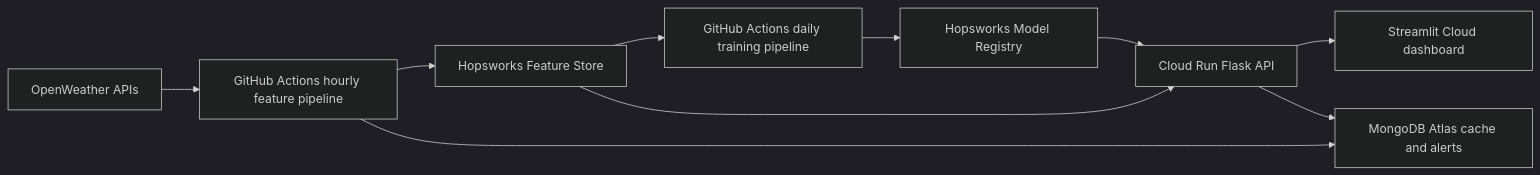
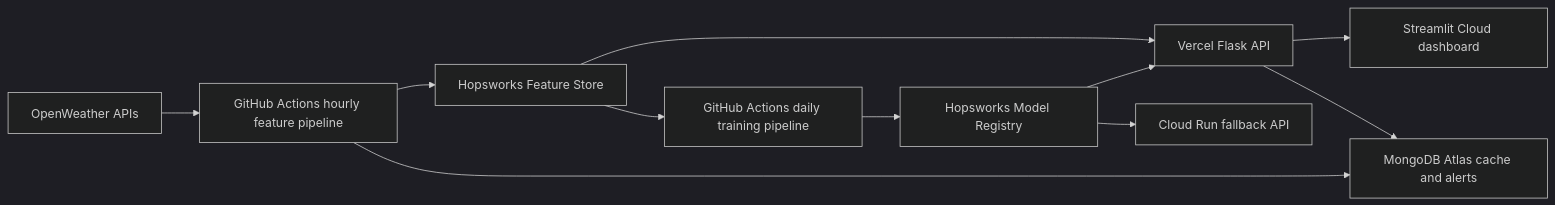
The diagram in README.md (KashifZafar27100431/AQI-Predictor-10Pearls), drawn with Mermaid (dark theme) before and after one commit. The commit also changed other lines of this file and 20 other files, not shown here.

````diff
--- a/README.md
+++ b/README.md
@@ -7,12 +7,13 @@
 ```mermaid
 flowchart LR
     OW[OpenWeather APIs] --> GH1[GitHub Actions hourly feature pipeline]
     GH1 --> FS[Hopsworks Feature Store]
     GH1 --> MDB[MongoDB Atlas cache and alerts]
     FS --> GH2[GitHub Actions daily training pipeline]
     GH2 --> MR[Hopsworks Model Registry]
-    MR --> API[Cloud Run Flask API]
+    MR --> API[Vercel Flask API]
     FS --> API
     API --> ST[Streamlit Cloud dashboard]
     API --> MDB
+    MR --> CR[Cloud Run fallback API]
 ```
````
